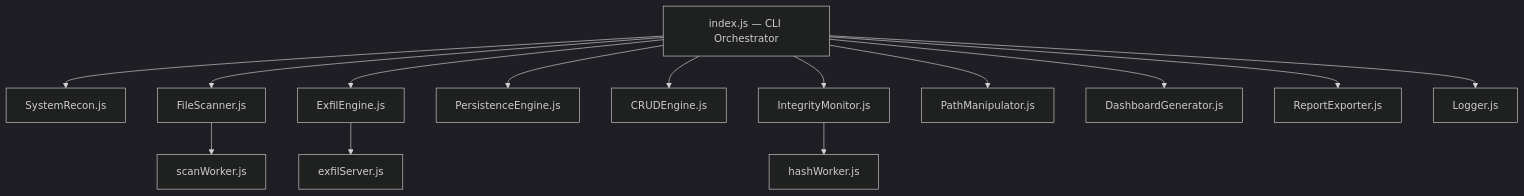
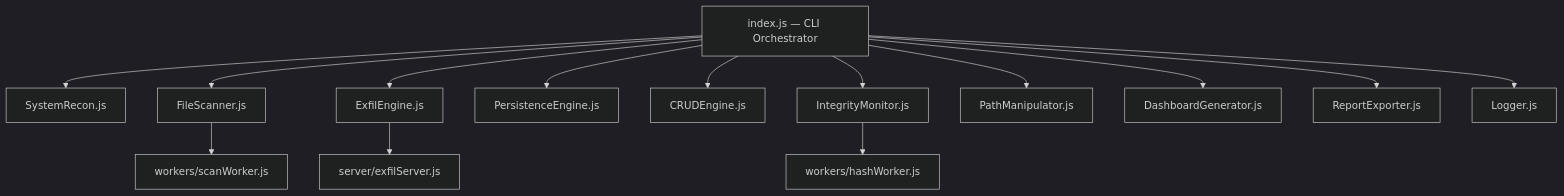
The diagram in README.md (adarsh-singh106/AstraNetra), drawn with Mermaid (dark theme) before and after one commit. The commit also changed other lines of this file and 2 other files, not shown here.

````diff
--- a/README.md
+++ b/README.md
@@ -143,16 +338,16 @@
 ```mermaid
 graph TD
     A["index.js — CLI Orchestrator"] --> B["SystemRecon.js"]
     A --> C["FileScanner.js"]
     A --> D["ExfilEngine.js"]
     A --> E["PersistenceEngine.js"]
     A --> F["CRUDEngine.js"]
     A --> G["IntegrityMonitor.js"]
     A --> H["PathManipulator.js"]
-    C --> I["scanWorker.js"]
-    G --> J["hashWorker.js"]
-    D --> K["exfilServer.js"]
+    C --> I["workers/scanWorker.js"]
+    G --> J["workers/hashWorker.js"]
+    D --> K["server/exfilServer.js"]
     A --> L["DashboardGenerator.js"]
     A --> M["ReportExporter.js"]
     A --> N["Logger.js"]
 ```
````
